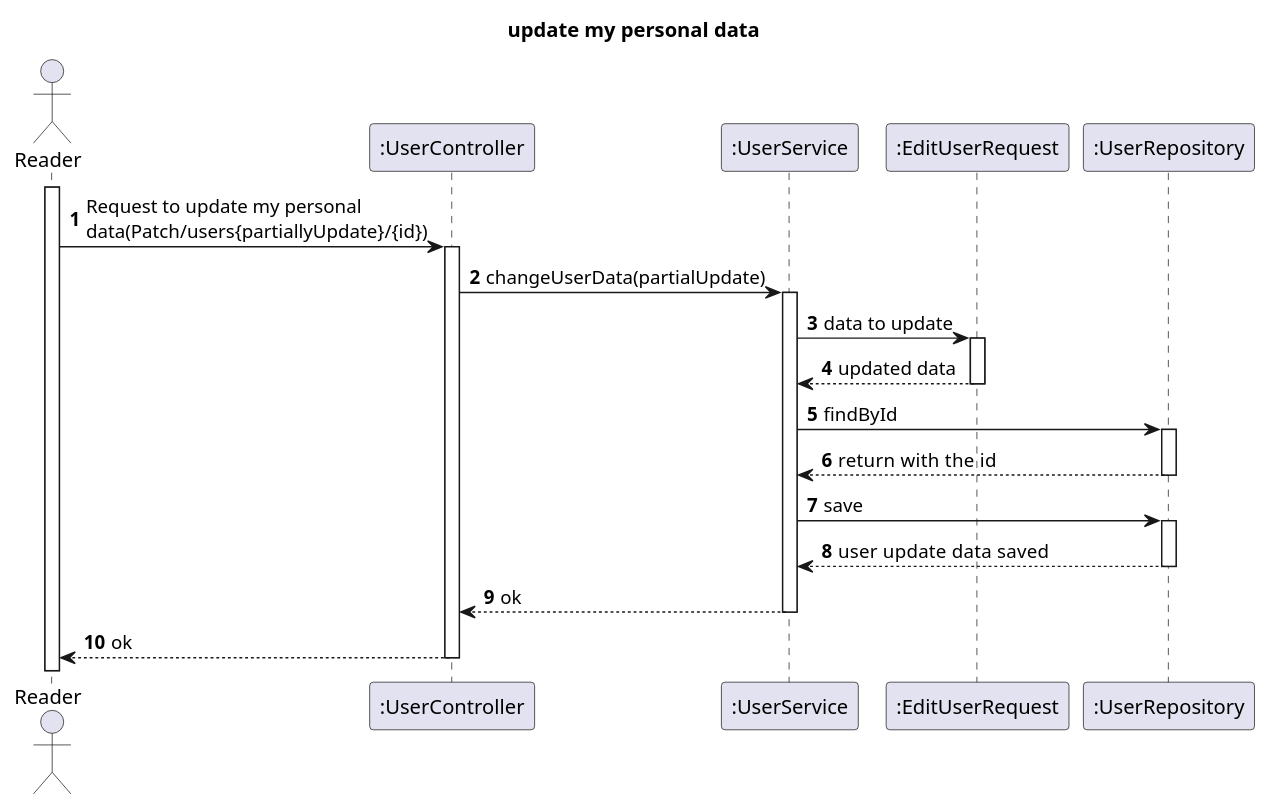
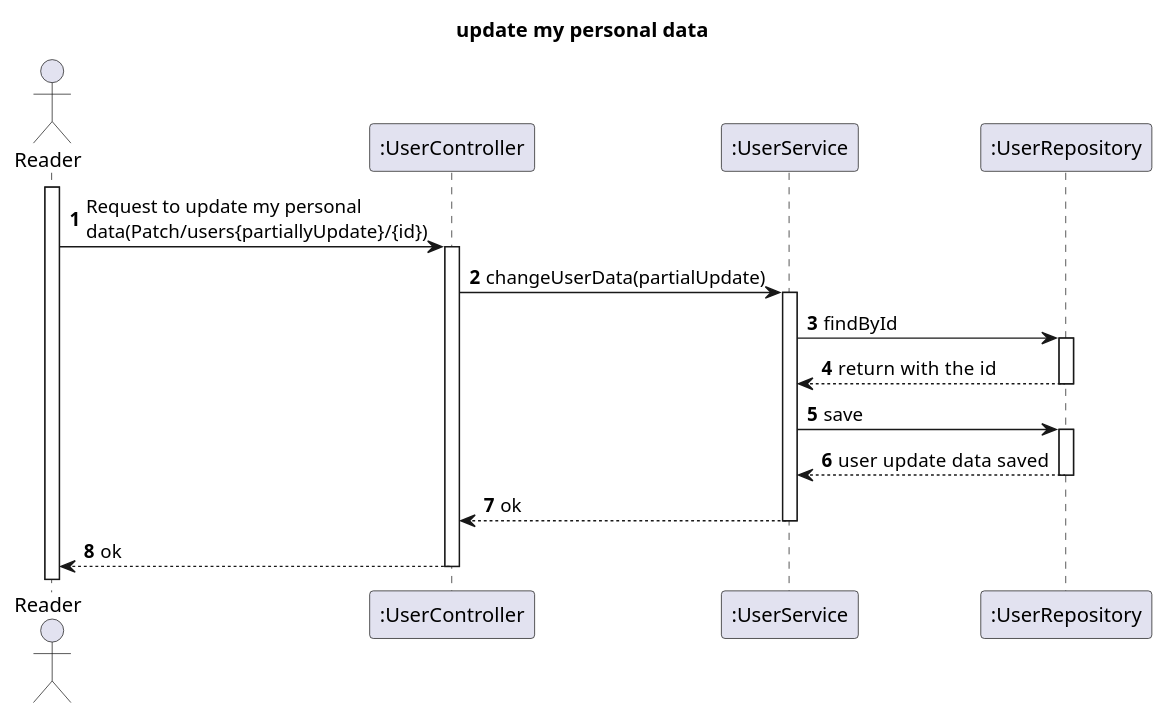
The diagram in docs/Phase_1/WP_3A/US012/US012-SD.puml (GODinho211/psoft-project-G2), drawn with PlantUML before and after one commit. The commit also changed 1 other file, not shown here.

```diff
--- a/docs/Phase_1/WP_3A/US012/US012-SD.puml
+++ b/docs/Phase_1/WP_3A/US012/US012-SD.puml
@@ -1,33 +1,31 @@
 @startuml
 'https://SubscriptionServicetuml.com/sequence-diagram
 
 
 
 autoactivate on
 autonumber
 
 title update my personal data
 
 actor "Reader" as User
 
 participant ":UserController" as Ctrl
 participant ":UserService" as srv
-participant ":EditUserRequest" as model
+
 participant ":UserRepository" as repo
 
 activate User
 
 
 
 User -> Ctrl: Request to update my personal \ndata(Patch/users{partiallyUpdate}/{id})
 Ctrl -> srv: changeUserData(partialUpdate)
-srv -> model:data to update
-model --> srv : updated data
 srv -> repo: findById
 repo --> srv: return  with the id
 srv -> repo:  save
 repo --> srv:  user  update data saved
 srv --> Ctrl: ok
 Ctrl --> User: ok
 
 @enduml
```
